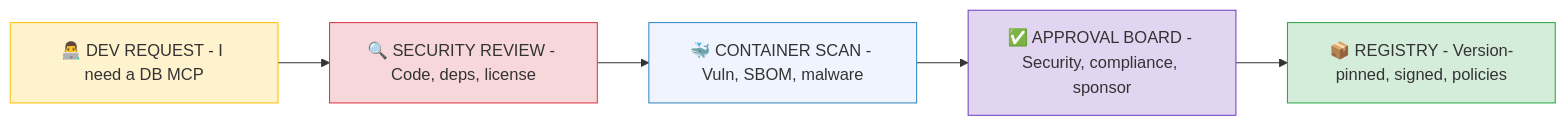
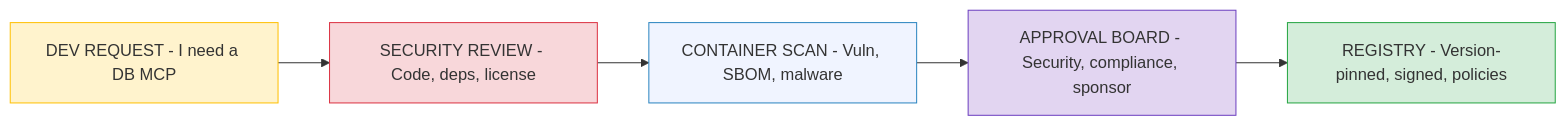
The fourth of 5 diagrams in docs/11-mcp-security.md (ithinktavo/GenAI-Engineering-Handbook), drawn with Mermaid before and after one commit. The commit also changed other lines of this file and 10 other files, not shown here.

Commit message:
Diagram updates

````diff
--- a/docs/11-mcp-security.md
+++ b/docs/11-mcp-security.md
@@ -214,13 +214,13 @@
 ```mermaid
 graph LR
-    DEV["👨‍💻 DEV REQUEST - I need a DB MCP"] --> SEC["🔍 SECURITY REVIEW - Code, deps, license"]
-    SEC --> SCAN["🐳 CONTAINER SCAN - Vuln, SBOM, malware"]
-    SCAN --> BOARD["✅ APPROVAL BOARD - Security, compliance, sponsor"]
-    BOARD --> REG["📦 REGISTRY - Version-pinned, signed, policies"]
+    DEV["DEV REQUEST - I need a DB MCP"] --> SEC["SECURITY REVIEW - Code, deps, license"]
+    SEC --> SCAN["CONTAINER SCAN - Vuln, SBOM, malware"]
+    SCAN --> BOARD["APPROVAL BOARD - Security, compliance, sponsor"]
+    BOARD --> REG["REGISTRY - Version-pinned, signed, policies"]
 
     style DEV fill:#fff3cd,stroke:#ffc107
     style SEC fill:#f8d7da,stroke:#dc3545
     style SCAN fill:#f0f4ff,stroke:#2E86C1
     style BOARD fill:#e2d5f1,stroke:#6f42c1
     style REG fill:#d4edda,stroke:#28a745
 ```
````
